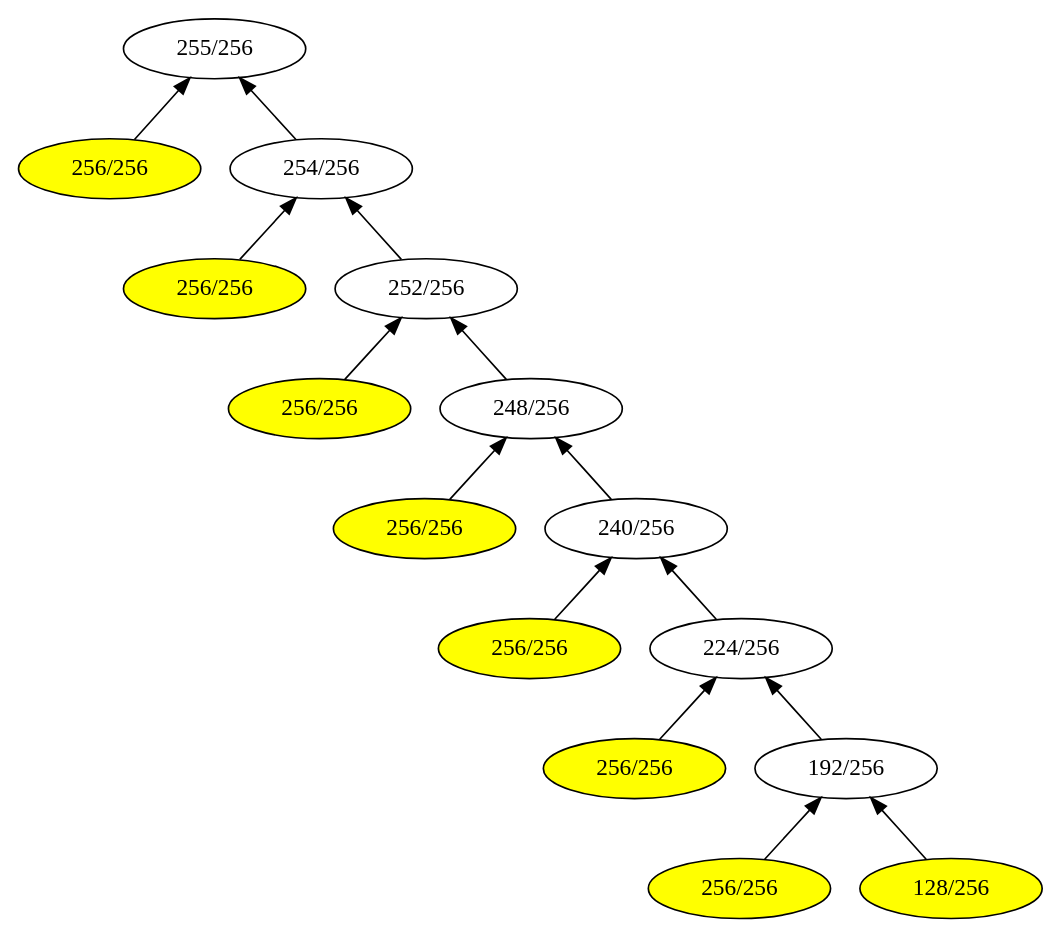
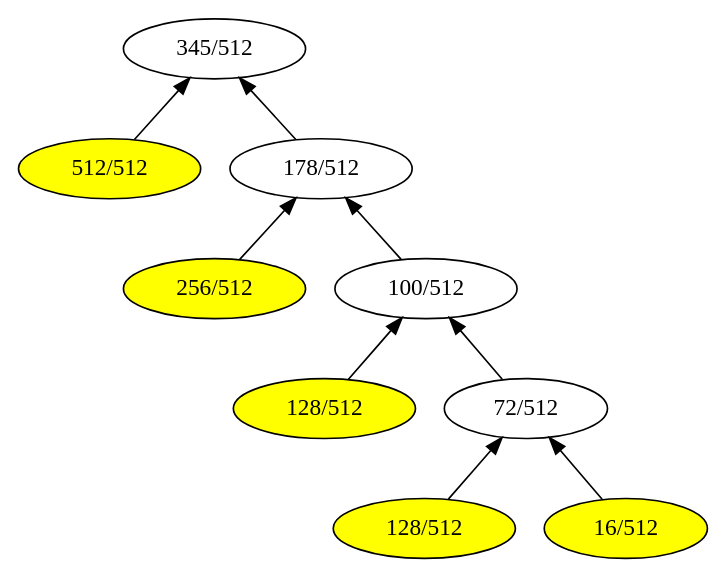
One commit to iitramar/guiTool changed the diagram in GuiTool/image/Remia/RemiaDot.dot. Above: the diagram before and after it, drawn with Graphviz. The commit also changed 27 other files, not shown here.

```diff
--- a/GuiTool/image/Remia/RemiaDot.dot
+++ b/GuiTool/image/Remia/RemiaDot.dot
@@ -1,40 +1,25 @@
 digraph G { 
 rankdir = BT;
-1[label= " 255/256 " ];
-2[label= " 256/256 " ];
+1[label= " 345/512 " ];
+2[label= " 512/512 " ];
 2->1
-3[label= " 254/256 " ];
+3[label= " 178/512 " ];
 3->1
 2[style=filled, fillcolor=yellow];
-6[label= " 256/256 " ];
+6[label= " 256/512 " ];
 6->3
-7[label= " 252/256 " ];
+7[label= " 100/512 " ];
 7->3
 6[style=filled, fillcolor=yellow];
-14[label= " 256/256 " ];
+14[label= " 128/512 " ];
 14->7
-15[label= " 248/256 " ];
+15[label= " 72/512 " ];
 15->7
 14[style=filled, fillcolor=yellow];
-30[label= " 256/256 " ];
+30[label= " 128/512 " ];
 30->15
-31[label= " 240/256 " ];
+31[label= " 16/512 " ];
 31->15
 30[style=filled, fillcolor=yellow];
-62[label= " 256/256 " ];
-62->31
-63[label= " 224/256 " ];
-63->31
-62[style=filled, fillcolor=yellow];
-126[label= " 256/256 " ];
-126->63
-127[label= " 192/256 " ];
-127->63
-126[style=filled, fillcolor=yellow];
-254[label= " 256/256 " ];
-254->127
-255[label= " 128/256 " ];
-255->127
-254[style=filled, fillcolor=yellow];
-255[style=filled, fillcolor=yellow];
+31[style=filled, fillcolor=yellow];
 }
```
